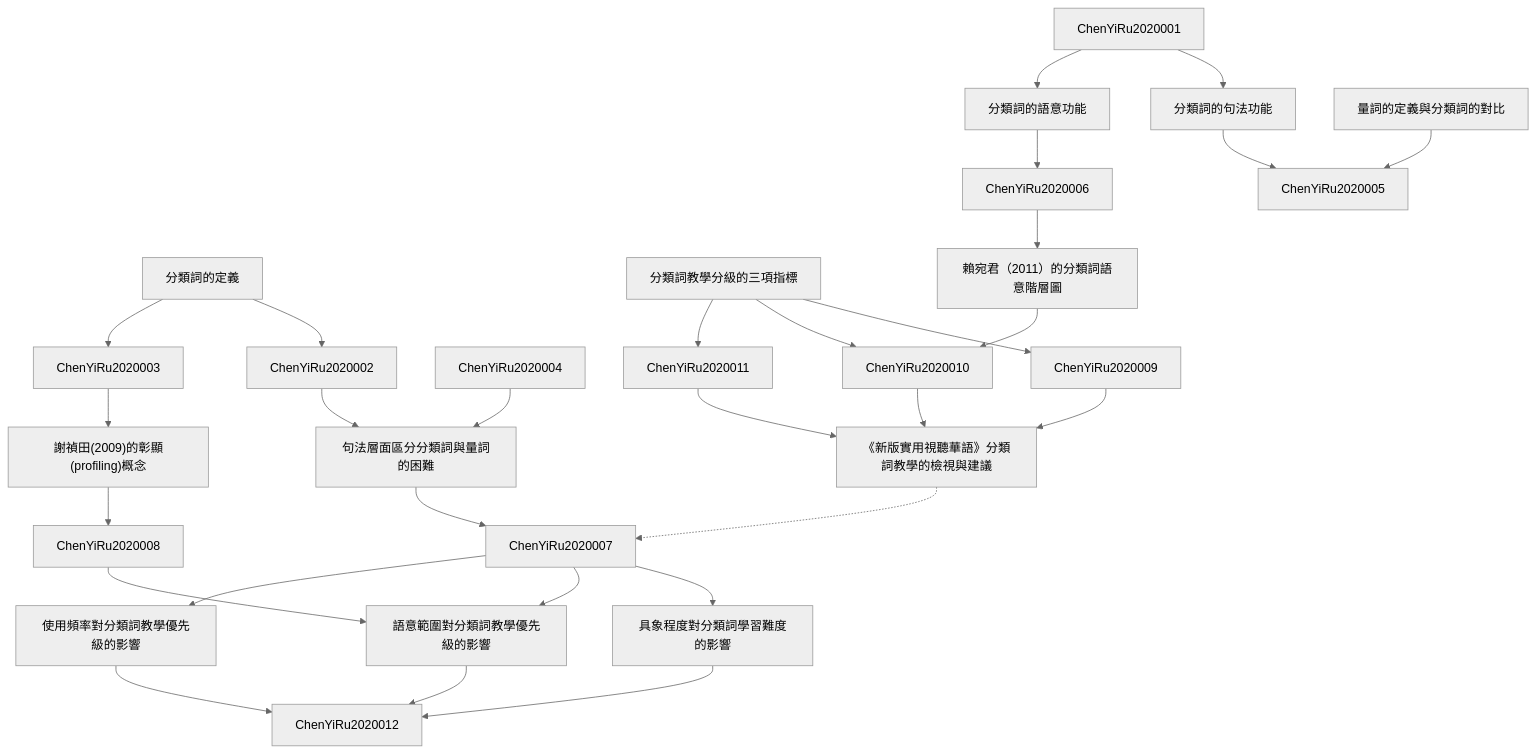
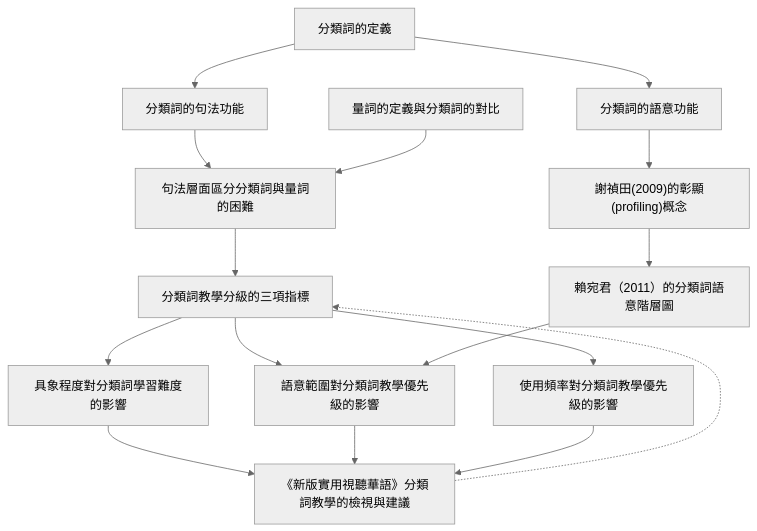
Before and after one commit to SCgeeker/Claude_Journal_Club_Agents: the diagram in output/zettelkasten_notes/zettel_ChenYiRu-2020_20251104/zettel_index.md, drawn with Mermaid (neutral theme). The commit also changed 776 other files, not shown here.

````diff
--- a/output/zettelkasten_notes/zettel_ChenYiRu-2020_20251104/zettel_index.md
+++ b/output/zettelkasten_notes/zettel_ChenYiRu-2020_20251104/zettel_index.md
@@ -116,60 +116,40 @@
 
     ChenYiRu-2020-012["《新版實用視聽華語》分類詞教學的檢視與建議"]
 
-    ChenYiRu-2020-001 --> ChenYiRu2020002
+    ChenYiRu-2020-001 --> ChenYiRu-2020-002
 
-    ChenYiRu-2020-001 --> ChenYiRu2020003
+    ChenYiRu-2020-001 --> ChenYiRu-2020-003
 
-    ChenYiRu2020001 --> ChenYiRu-2020-002
 
-    ChenYiRu-2020-002 --> ChenYiRu2020005
+    ChenYiRu-2020-002 --> ChenYiRu-2020-005
 
-    ChenYiRu2020001 --> ChenYiRu-2020-003
 
-    ChenYiRu-2020-003 --> ChenYiRu2020006
+    ChenYiRu-2020-003 --> ChenYiRu-2020-006
 
-    ChenYiRu-2020-004 --> ChenYiRu2020005
+    ChenYiRu-2020-004 --> ChenYiRu-2020-005
 
-    ChenYiRu2020002 --> ChenYiRu-2020-005
+    ChenYiRu-2020-005 --> ChenYiRu-2020-007
 
-    ChenYiRu2020004 --> ChenYiRu-2020-005
 
-    ChenYiRu-2020-005 --> ChenYiRu2020007
+    ChenYiRu-2020-006 --> ChenYiRu-2020-008
 
-    ChenYiRu2020003 --> ChenYiRu-2020-006
+    ChenYiRu-2020-007 --> ChenYiRu-2020-009
 
-    ChenYiRu-2020-006 --> ChenYiRu2020008
+    ChenYiRu-2020-007 --> ChenYiRu-2020-010
 
-    ChenYiRu-2020-007 --> ChenYiRu2020009
+    ChenYiRu-2020-007 --> ChenYiRu-2020-011
 
-    ChenYiRu-2020-007 --> ChenYiRu2020010
 
-    ChenYiRu-2020-007 --> ChenYiRu2020011
+    ChenYiRu-2020-008 --> ChenYiRu-2020-010
 
-    ChenYiRu2020006 --> ChenYiRu-2020-008
 
-    ChenYiRu-2020-008 --> ChenYiRu2020010
+    ChenYiRu-2020-009 --> ChenYiRu-2020-012
 
-    ChenYiRu2020007 --> ChenYiRu-2020-009
+    ChenYiRu-2020-010 --> ChenYiRu-2020-012
 
-    ChenYiRu-2020-009 --> ChenYiRu2020012
 
-    ChenYiRu2020007 --> ChenYiRu-2020-010
+    ChenYiRu-2020-011 --> ChenYiRu-2020-012
 
-    ChenYiRu2020008 --> ChenYiRu-2020-010
-
-    ChenYiRu-2020-010 --> ChenYiRu2020012
-
-    ChenYiRu2020007 --> ChenYiRu-2020-011
-
-    ChenYiRu-2020-011 --> ChenYiRu2020012
-
-    ChenYiRu2020009 --> ChenYiRu-2020-012
-
-    ChenYiRu2020010 --> ChenYiRu-2020-012
-
-    ChenYiRu2020011 --> ChenYiRu-2020-012
-
-    ChenYiRu-2020-012 -.-> ChenYiRu2020007
+    ChenYiRu-2020-012 -.-> ChenYiRu-2020-007
 
 ```
````
